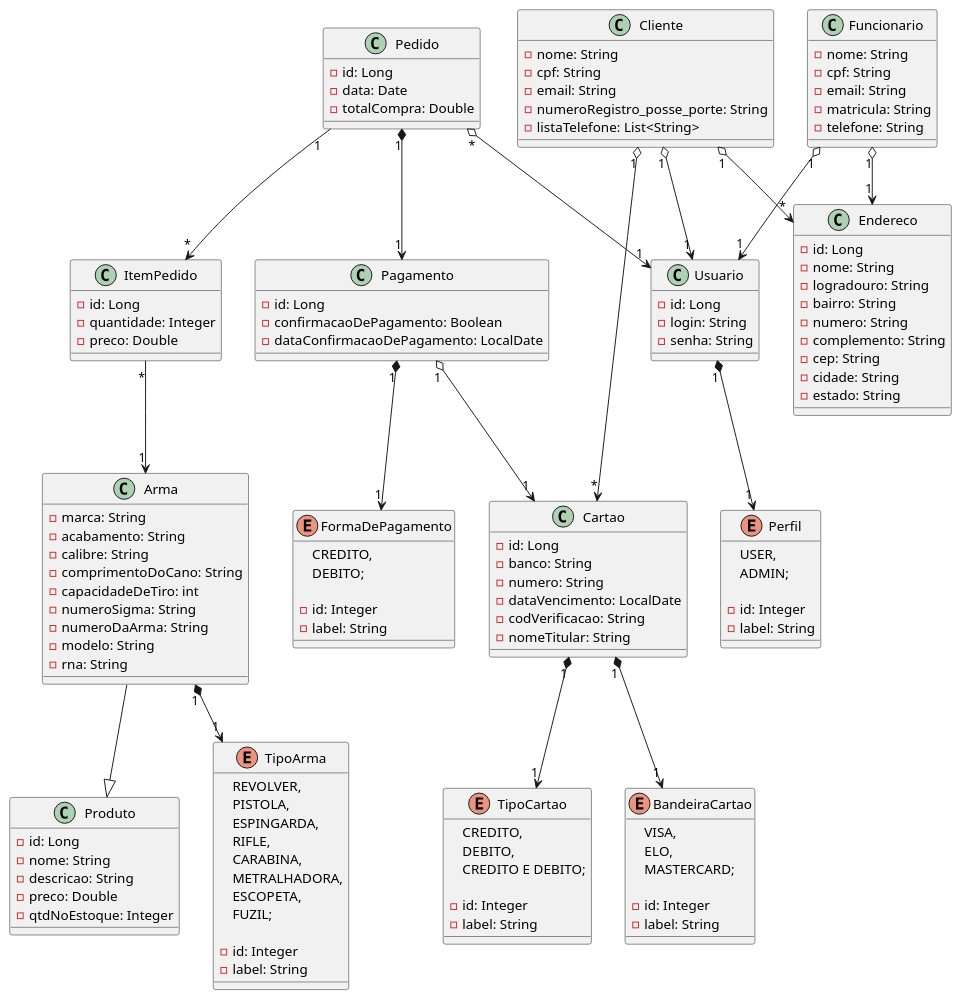
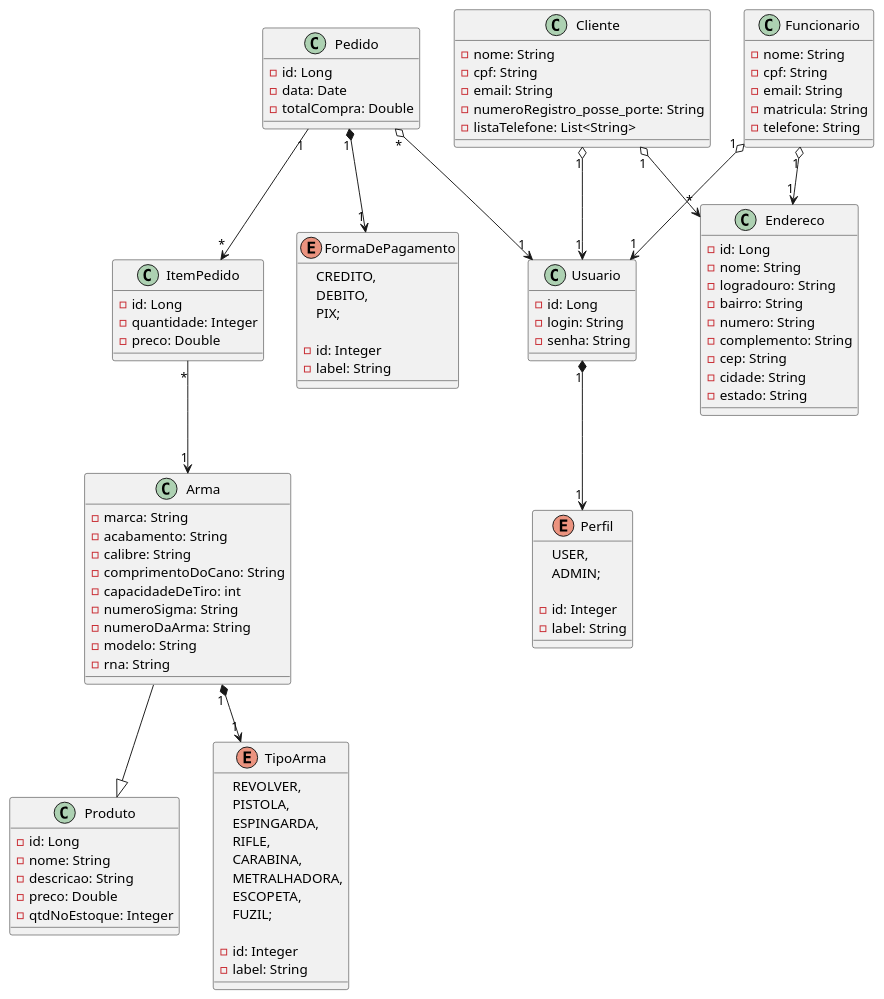
Before and after one commit to daniel-ferreira-da-costa/militropa: the diagram in src/main/java/unitins/tp1/docs/uml_militropa.plantuml, drawn with PlantUML.

Commit message:
atualizaçao da uml

```diff
--- a/src/main/java/unitins/tp1/docs/uml_militropa.plantuml
+++ b/src/main/java/unitins/tp1/docs/uml_militropa.plantuml
@@ -1,157 +1,118 @@
 @startuml Tabacaria
 '========Produto========='
 class Produto{
     - id: Long
     - nome: String
     - descricao: String
     - preco: Double
     - qtdNoEstoque: Integer
 }
 
 class Arma{
     - marca: String
     - acabamento: String
     - calibre: String
     - comprimentoDoCano: String
     - capacidadeDeTiro: int
     - numeroSigma: String
     - numeroDaArma: String
     - modelo: String
     - rna: String
 }
 
 enum TipoArma{
     REVOLVER,
     PISTOLA,
     ESPINGARDA,
     RIFLE,
     CARABINA,
     METRALHADORA,
     ESCOPETA,
     FUZIL;
 
     - id: Integer
     - label: String
 }
 
 '========Usuario========='
 class Usuario{
     - id: Long
     - login: String
     - senha: String
 }
 
 enum Perfil{
     USER,
     ADMIN;
 
     - id: Integer
     - label: String
 }
 
 class Funcionario{
     - nome: String
     - cpf: String
     - email: String
     - matricula: String
     - telefone: String
 }
 
 class Cliente{
     - nome: String
     - cpf: String
     - email: String
     - numeroRegistro_posse_porte: String
     - listaTelefone: List<String>
 }
 '========Venda========='
 class Pedido {
     - id: Long
     - data: Date
     - totalCompra: Double
 }
 
 class ItemPedido {
     - id: Long
     - quantidade: Integer
     - preco: Double
 }
 '========Pagamento========='
-class Pagamento{
-    - id: Long
-    - confirmacaoDePagamento: Boolean
-    - dataConfirmacaoDePagamento: LocalDate
-}
-
-class Cartao{
-    - id: Long
-    - banco: String
-    - numero: String
-    - dataVencimento: LocalDate
-    - codVerificacao: String
-    - nomeTitular: String
-}
-
-enum TipoCartao{
+enum FormaDePagamento {
     CREDITO,
     DEBITO,
-    CREDITO E DEBITO;
-
-    - id: Integer
-    - label: String
-}
-
-enum FormaDePagamento {
-    CREDITO,
-    DEBITO;
-
-    - id: Integer
-    - label: String
-}
-
-enum BandeiraCartao {
-    VISA,
-    ELO,
-    MASTERCARD;
+    PIX;
 
     - id: Integer
     - label: String
 }
 '========Endereco========='
 class Endereco {
     - id: Long
     - nome: String
     - logradouro: String
     - bairro: String
     - numero: String
     - complemento: String
     - cep: String
     - cidade: String
     - estado: String
 }
 
 '========Relacionamentos========='
 
-Pedido "1" *--> "1" Pagamento
+Pedido "1" *--> "1" FormaDePagamento
 Pedido "1" --> "*" ItemPedido
 Pedido "*" o--> "1" Usuario
-
-Pagamento "1" o--> "1" Cartao
-Pagamento "1" *--> "1" FormaDePagamento
-
-Cartao "1" *--> "1" TipoCartao
-Cartao "1" *--> "1" BandeiraCartao
 
 ItemPedido "*" --> "1" Arma
 
 Usuario "1" *--> "1" Perfil
 Funcionario "1" o--> "1" Usuario
 Funcionario "1" o--> "1" Endereco
 Cliente "1" o--> "*" Endereco
 Cliente "1" o--> "1" Usuario
-Cliente "1" o--> "*" Cartao
 
 Arma --|> Produto
 Arma "1" *--> "1" TipoArma
 
 @enduml
```
